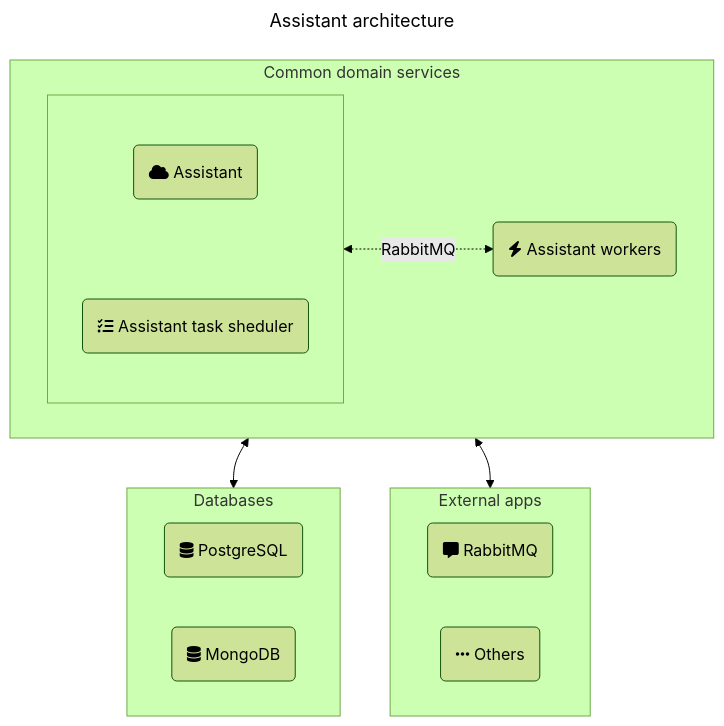
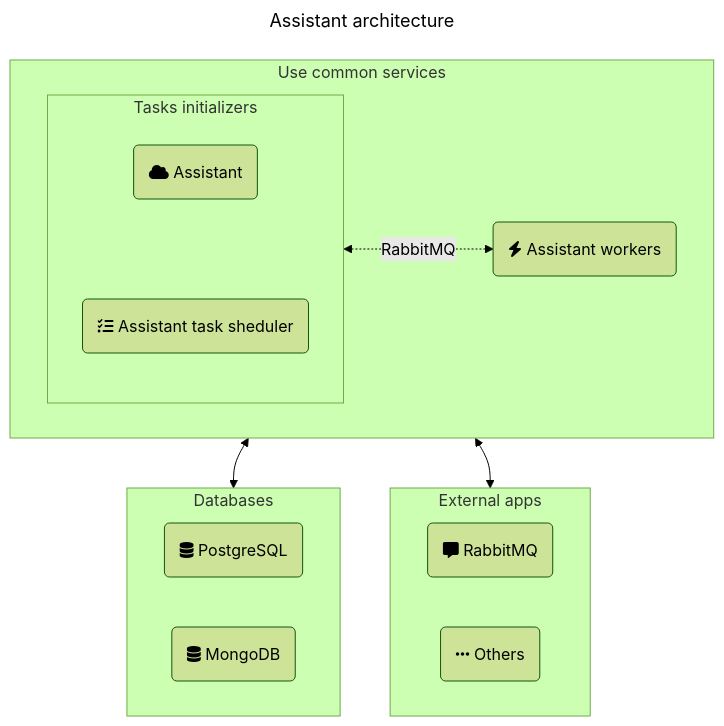
Before and after one commit to infanasotku/netku: the diagram in services/assistant/README.md, drawn with Mermaid (forest theme).

Commit message:
specify group roles

````diff
--- a/services/assistant/README.md
+++ b/services/assistant/README.md
@@ -6,30 +6,30 @@
 ```mermaid
 ---
 title: Assistant architecture
 ---
 flowchart TD
-    subgraph assistant [Common domain services]
-        subgraph initializers [ ]
+    subgraph assistant [Use common services]
+        subgraph initializers [Tasks initializers]
             A(fa:fa-cloud Assistant)
             A-T(fa:fa-list-check Assistant task sheduler)
             A~~~A-T
         end
         A-W(fa:fa-bolt Assistant workers)
     end
 
     initializers <-.-> |RabbitMQ| A-W
 
     subgraph db [Databases]
     P(fa:fa-database PostgreSQL)
     M(fa:fa-database MongoDB)
     end
 
     subgraph external [External apps]
     R(fa:fa-message RabbitMQ)
     E(fa:fa-ellipsis Others)
 
     end
 
     assistant <--> db
     assistant <--> external
 ```
````
